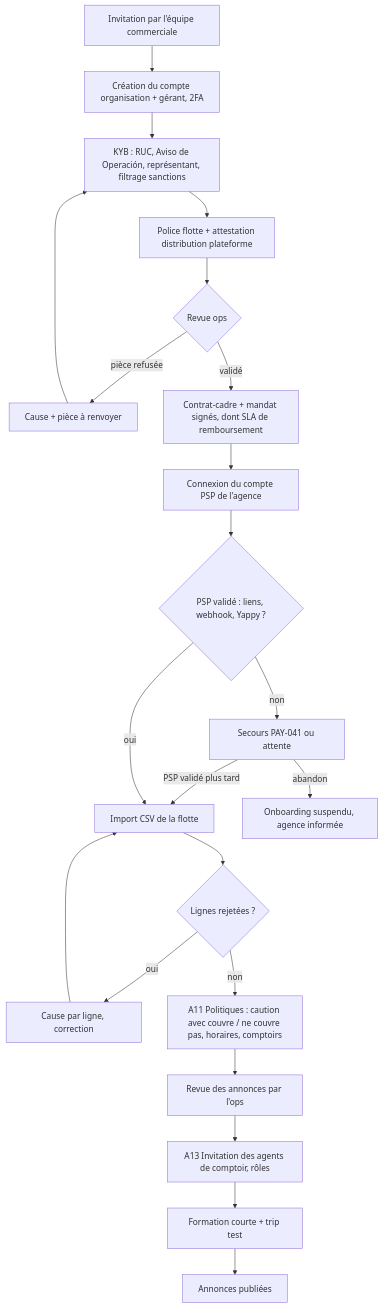
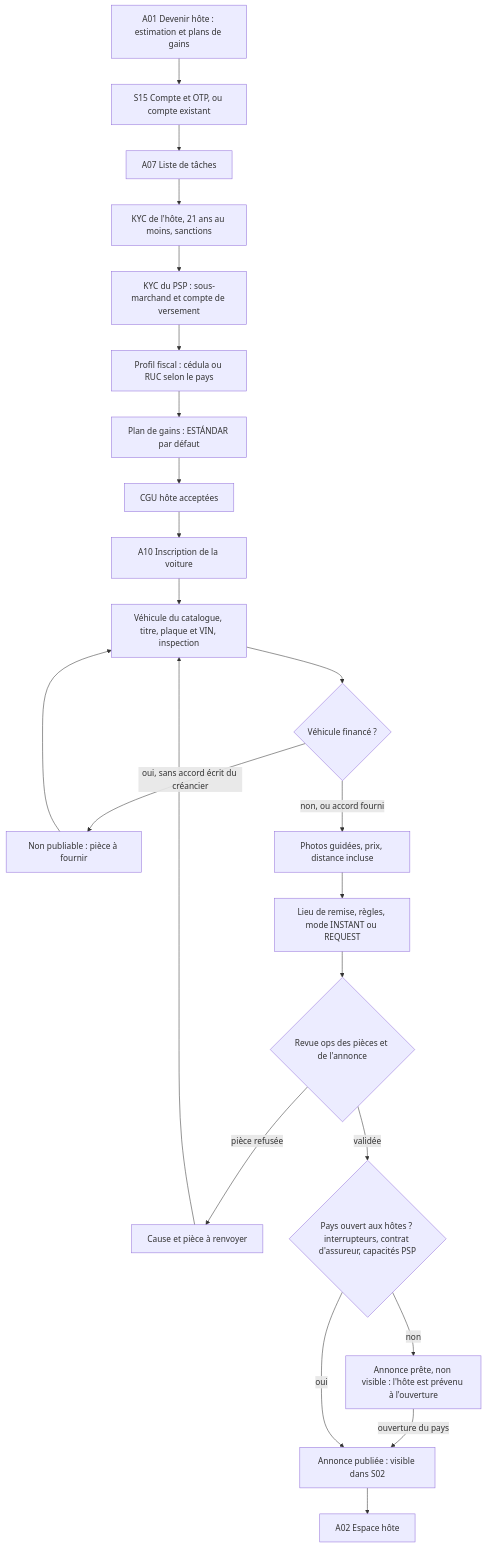
The fourth of 10 diagrams in docs/specs/10b_UX_UI_ANALYSIS.md (Noamgitpty/rueda), drawn with Mermaid before and after one commit. The commit also changed other lines of this file and 2 other files, not shown here.

````diff
--- a/docs/specs/10b_UX_UI_ANALYSIS.md
+++ b/docs/specs/10b_UX_UI_ANALYSIS.md
@@ -570,22 +604,23 @@
 ```mermaid
 flowchart TD
-  A["Invitation par l'équipe commerciale"] --> B["Création du compte organisation + gérant, 2FA"]
-  B --> C["KYB : RUC, Aviso de Operación, représentant, filtrage sanctions"]
-  C --> D["Police flotte + attestation distribution plateforme"]
-  D --> E{"Revue ops"}
-  E -->|pièce refusée| E1["Cause + pièce à renvoyer"] --> C
-  E -->|validé| F["Contrat-cadre + mandat signés, dont SLA de remboursement"]
-  F --> G["Connexion du compte PSP de l'agence"]
-  G --> G1{"PSP validé : liens, webhook, Yappy ?"}
-  G1 -->|non| G2["Secours PAY-041 ou attente"]
-  G2 -->|PSP validé plus tard| H
-  G2 -->|abandon| G3["Onboarding suspendu, agence informée"]
-  G1 -->|oui| H["Import CSV de la flotte"]
-  H --> H1{"Lignes rejetées ?"}
-  H1 -->|oui| H2["Cause par ligne, correction"] --> H
-  H1 -->|non| I["A11 Politiques : caution avec couvre / ne couvre pas, horaires, comptoirs"]
-  I --> J["Revue des annonces par l'ops"]
-  J --> K["A13 Invitation des agents de comptoir, rôles"]
-  K --> L["Formation courte + trip test"]
-  L --> M["Annonces publiées"]
+  A["A01 Devenir hôte : estimation et plans de gains"] --> B["S15 Compte et OTP, ou compte existant"]
+  B --> C["A07 Liste de tâches"]
+  C --> C1["KYC de l'hôte, 21 ans au moins, sanctions"]
+  C1 --> C2["KYC du PSP : sous-marchand et compte de versement"]
+  C2 --> C3["Profil fiscal : cédula ou RUC selon le pays"]
+  C3 --> C4["Plan de gains : ESTÁNDAR par défaut"]
+  C4 --> C5["CGU hôte acceptées"]
+  C5 --> D["A10 Inscription de la voiture"]
+  D --> D1["Véhicule du catalogue, titre, plaque et VIN, inspection"]
+  D1 --> D2{"Véhicule financé ?"}
+  D2 -->|oui, sans accord écrit du créancier| D3["Non publiable : pièce à fournir"] --> D1
+  D2 -->|non, ou accord fourni| D4["Photos guidées, prix, distance incluse"]
+  D4 --> D5["Lieu de remise, règles, mode INSTANT ou REQUEST"]
+  D5 --> E{"Revue ops des pièces et de l'annonce"}
+  E -->|pièce refusée| E1["Cause et pièce à renvoyer"] --> D1
+  E -->|validée| F{"Pays ouvert aux hôtes ? interrupteurs, contrat d'assureur, capacités PSP"}
+  F -->|non| F1["Annonce prête, non visible : l'hôte est prévenu à l'ouverture"]
+  F1 -->|ouverture du pays| G
+  F -->|oui| G["Annonce publiée : visible dans S02"]
+  G --> H["A02 Espace hôte"]
 ```
````
